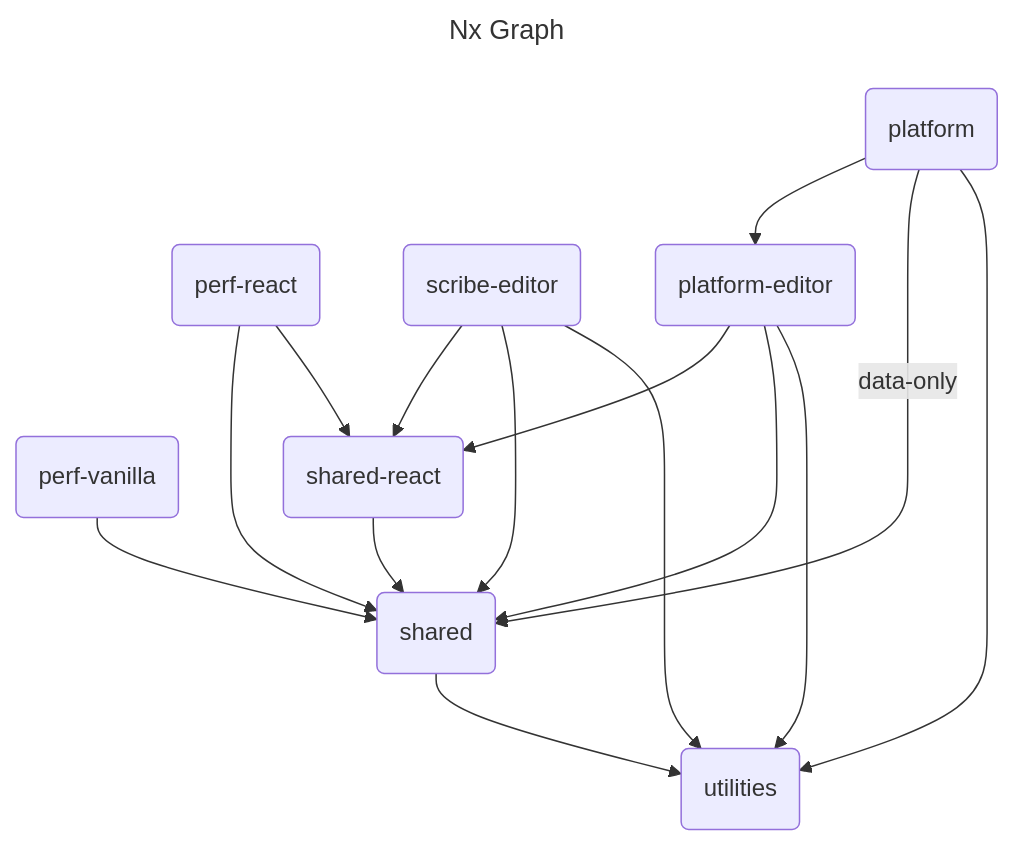
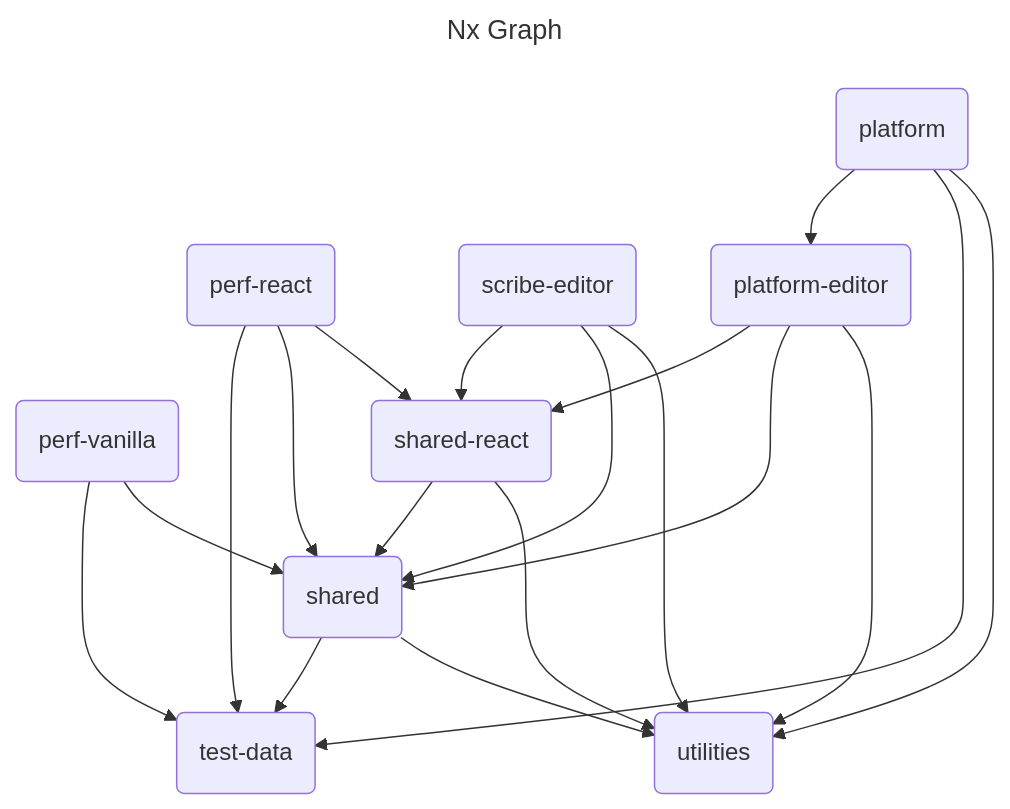
One commit to tjcouch-sil/scripture-editors changed the diagram in README.md. Above: the diagram before and after it, drawn with Mermaid. The commit also changed other lines of this file and 65 other files, not shown here.

````diff
--- a/README.md
+++ b/README.md
@@ -65,20 +66,24 @@
 ```mermaid
 ---
 title: Nx Graph
 ---
 graph TB
-  V(perf-vanilla) --> S(shared)
-  R(perf-react) --> S
+  V(perf-vanilla) --> T(test-data)
+  V --> S(shared)
+  S --> T
+  S --> U(utilities)
+  R(perf-react) --> T
+  R --> S
+  R --> SR(shared-react)
+  SR --> S
+  SR --> U
   SB(scribe-editor) --> SR
-  P(platform) --> PE
-  PE(platform-editor) --> SR
-  SR(shared-react) --> S
-  R --> SR
-  P --data-only--> S
+  SB --> S
+  SB --> U
+  P(platform) --> PE(platform-editor)
+  P --> T
+  P --> U
+  PE --> SR
   PE --> S
-  SB --> S
-  S --> U(utilities)
-  P --> U
   PE --> U
-  SB --> U
 ```
````
